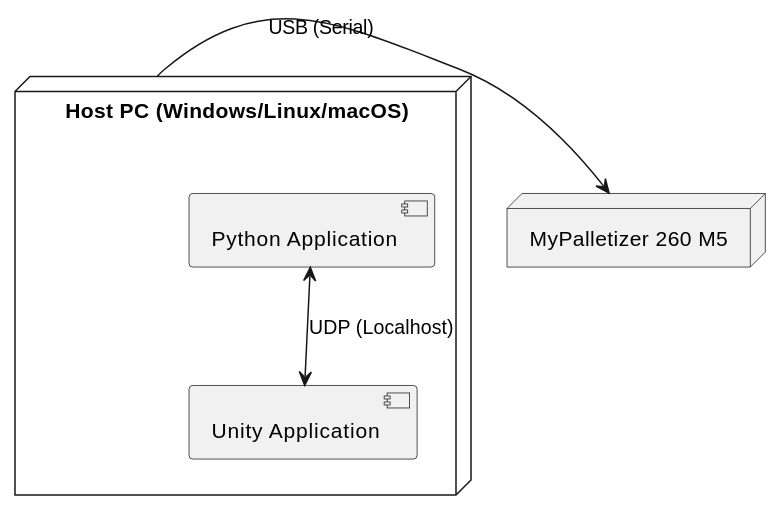
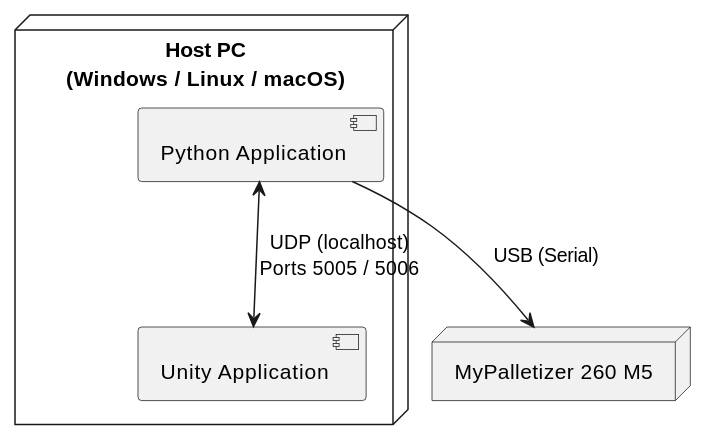
One commit to Stonehouse1703/DigitalTwin-for-MyPalletizer-UnityVersion changed the diagram in docs/asciidoc/chapters/07_deployment_view.adoc. Above: the diagram before and after it, drawn with PlantUML. The commit also changed other lines of this file and 4 other files, not shown here.

```diff
--- a/docs/asciidoc/chapters/07_deployment_view.adoc
+++ b/docs/asciidoc/chapters/07_deployment_view.adoc
@@ -12,15 +10,14 @@
-[plantuml, target="diagram-deployment-l1", format="png"]
+[plantuml, target="diagram-deployment-view", format="png"]
 ----
 @startuml
-node "Host PC (Windows/Linux/macOS)" as PC {
-    component "Python Application"
-    component "Unity Application"
+node "Host PC\n(Windows / Linux / macOS)" as PC {
+    component "Python Application" as PyApp
+    component "Unity Application" as UnityApp
 }
 
-node "MyPalletizer 260 M5" as Robot {
-}
+node "MyPalletizer 260 M5" as Robot
 
-PC -right-> Robot : USB (Serial)
-"Python Application" <-down-> "Unity Application" : UDP (Localhost)
+PyApp <--> UnityApp : UDP (localhost)\nPorts 5005 / 5006
+PyApp --> Robot : USB (Serial)
 @enduml
 ----
```
